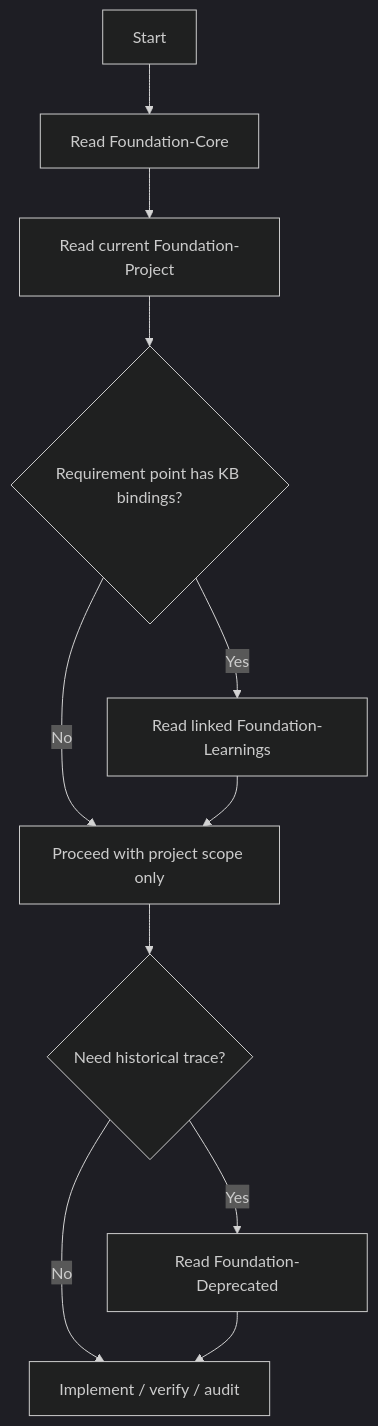
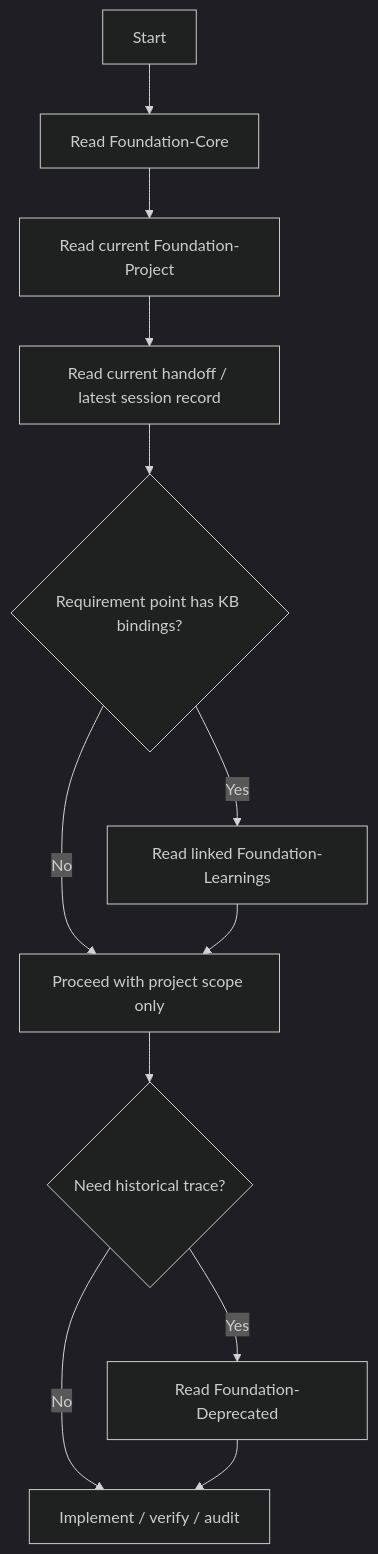
The first of 2 diagrams in protocol-starter/docs/FOUNDATION-FLOW.md (Lr1977/hangshi-diji), drawn with Mermaid (dark theme) before and after one commit. The commit also changed other lines of this file and 22 other files, not shown here.

Commit message:
docs: add session recovery handoff flow

````diff
--- a/protocol-starter/docs/FOUNDATION-FLOW.md
+++ b/protocol-starter/docs/FOUNDATION-FLOW.md
@@ -5,13 +5,14 @@
 ```mermaid
 flowchart TD
   A[Start] --> B[Read Foundation-Core]
   B --> C[Read current Foundation-Project]
-  C --> D{Requirement point has KB bindings?}
-  D -- Yes --> E[Read linked Foundation-Learnings]
-  D -- No --> F[Proceed with project scope only]
-  E --> F
-  F --> G{Need historical trace?}
-  G -- Yes --> H[Read Foundation-Deprecated]
-  G -- No --> I[Implement / verify / audit]
-  H --> I
+  C --> D[Read current handoff / latest session record]
+  D --> E{Requirement point has KB bindings?}
+  E -- Yes --> F[Read linked Foundation-Learnings]
+  E -- No --> G[Proceed with project scope only]
+  F --> G
+  G --> H{Need historical trace?}
+  H -- Yes --> I[Read Foundation-Deprecated]
+  H -- No --> J[Implement / verify / audit]
+  I --> J
 ```
````
